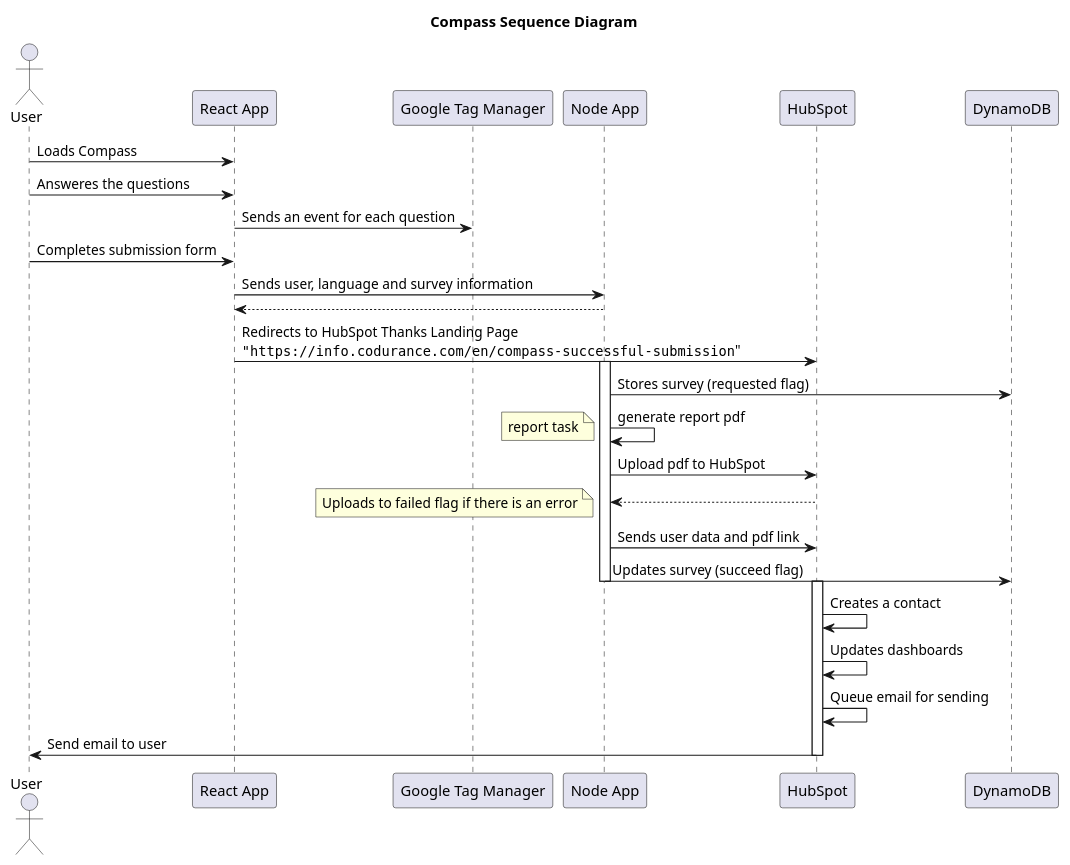
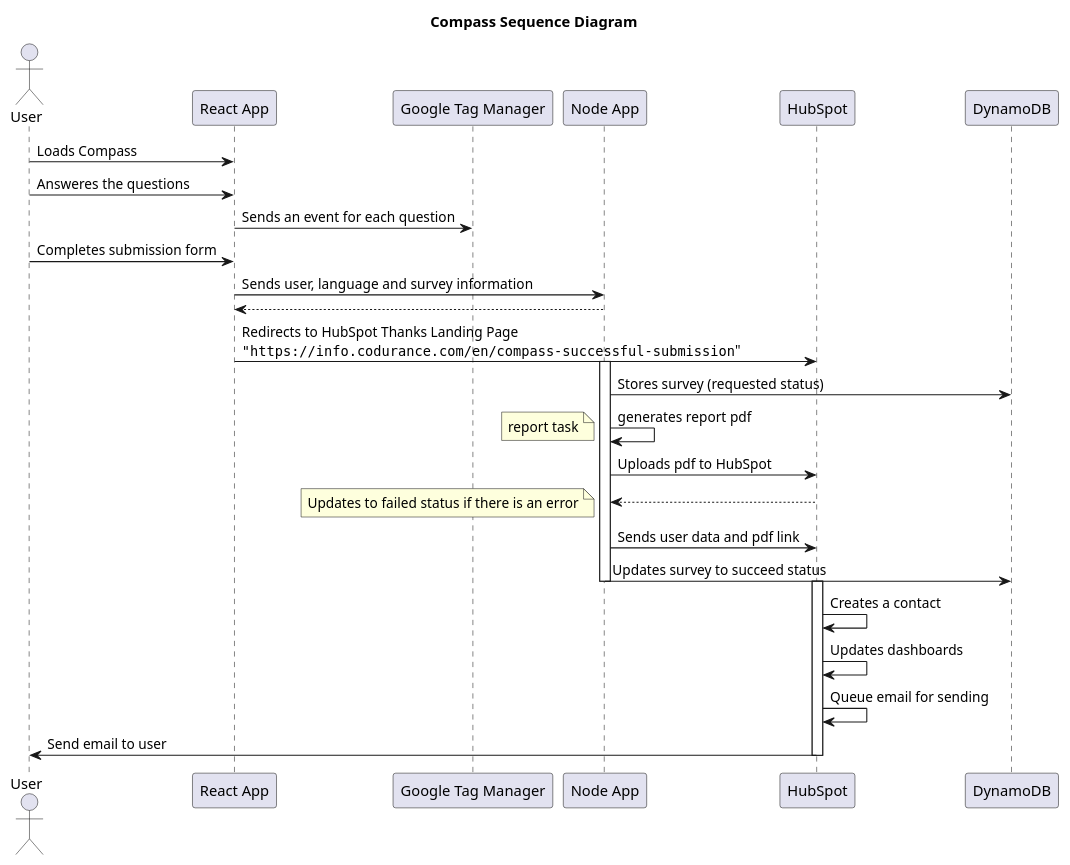
Before and after one commit to codurance/soft-mod-compass: the diagram in docs/diagrams/src/sequence-diagram.puml, drawn with PlantUML. The commit also changed 1 other file, not shown here.

Commit message:
Update main sequence diagram

```diff
--- a/docs/diagrams/src/sequence-diagram.puml
+++ b/docs/diagrams/src/sequence-diagram.puml
@@ -1,41 +1,41 @@
 @startuml
 skinparam BoxPadding 10
 title Compass Sequence Diagram
 
 actor "User"
 participant "React App" as React
 participant "Google Tag Manager" as TGM
 participant "Node App" as NodeApp
 participant "HubSpot"
 participant "DynamoDB" as DB
 
 User -> React: Loads Compass
 User -> React: Answeres the questions
 
 React -> TGM: Sends an event for each question
 User -> React: Completes submission form
 
 React -> NodeApp: Sends user, language and survey information
 React <-- NodeApp:
 React -> HubSpot: Redirects to HubSpot Thanks Landing Page\n"""https://info.codurance.com/en/compass-successful-submission"""
 
 
 activate NodeApp
-NodeApp -> DB: Stores survey (requested flag)
-NodeApp -> NodeApp: generate report pdf
+NodeApp -> DB: Stores survey (requested status)
+NodeApp -> NodeApp: generates report pdf
 note left: report task
-NodeApp -> HubSpot: Upload pdf to HubSpot
+NodeApp -> HubSpot: Uploads pdf to HubSpot
 NodeApp <-- HubSpot:
-note left: Uploads to failed flag if there is an error
+note left: Updates to failed status if there is an error
 NodeApp -> HubSpot: Sends user data and pdf link
-NodeApp -> DB: Updates survey (succeed flag)
+NodeApp -> DB: Updates survey to succeed status
 deactivate NodeApp
 
 activate HubSpot
 HubSpot -> HubSpot: Creates a contact
 HubSpot -> HubSpot: Updates dashboards
 HubSpot -> HubSpot: Queue email for sending
 HubSpot -> User: Send email to user
 deactivate HubSpot
 
 @enduml 
```
